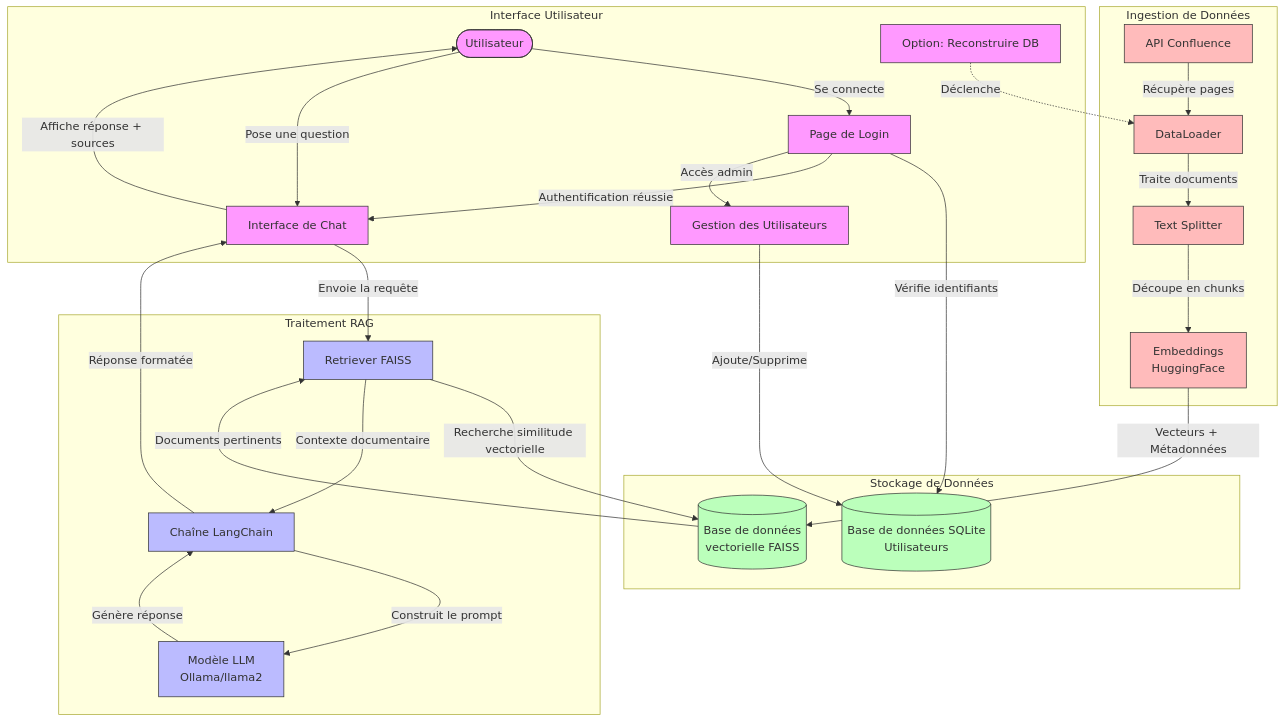
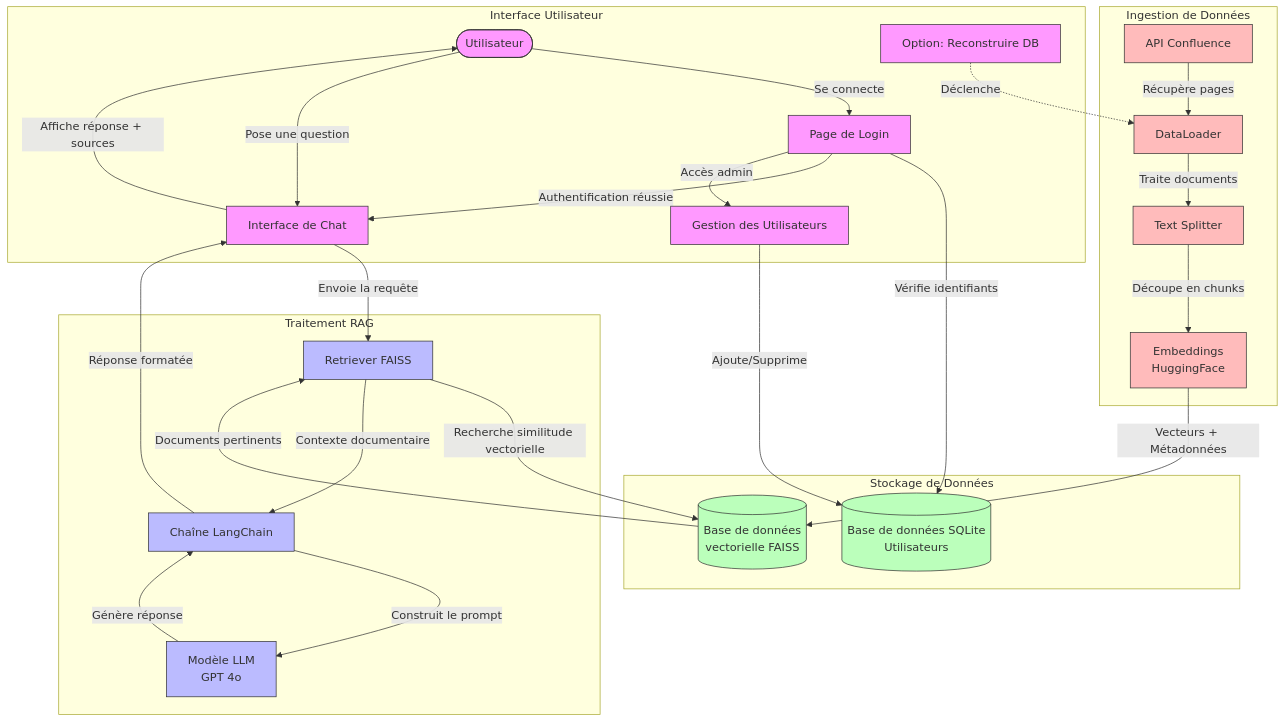
One commit to Isskar/Isschat changed the diagram in flux_donnees.mmd. Above: the diagram before and after it, drawn with Mermaid. The commit also changed 5 other files, not shown here.

```diff
--- a/flux_donnees.mmd
+++ b/flux_donnees.mmd
@@ -1,71 +1,71 @@
 graph TD
     %% Utilisateurs et Interface
     User([Utilisateur]) -->|Se connecte| Login[Page de Login]
     Login -->|Vérifie identifiants| AuthDB[(Base de données SQLite<br>Utilisateurs)]
     Login -->|Authentification réussie| Chat[Interface de Chat]
     Login -->|Accès admin| Admin[Gestion des Utilisateurs]
     
     %% Flux de la question
     User -->|Pose une question| Chat
     Chat -->|Envoie la requête| Retriever[Retriever FAISS]
     
     %% Recherche de documents
     Retriever -->|Recherche similitude vectorielle| VectorDB[(Base de données<br>vectorielle FAISS)]
     VectorDB -->|Documents pertinents| Retriever
     
     %% Génération de réponse
     Retriever -->|Contexte documentaire| Chain[Chaîne LangChain]
-    Chain -->|Construit le prompt| LLM[Modèle LLM<br>Ollama/llama2]
+    Chain -->|Construit le prompt| LLM[Modèle LLM<br>GPT 4o]
     LLM -->|Génère réponse| Chain
     Chain -->|Réponse formatée| Chat
     Chat -->|Affiche réponse + sources| User
     
     %% Initialisation et mise à jour de la base
     ConfluenceAPI[API Confluence] -->|Récupère pages| DataLoader[DataLoader]
     DataLoader -->|Traite documents| TextSplitter[Text Splitter]
     TextSplitter -->|Découpe en chunks| Embedder[Embeddings<br>HuggingFace]
     Embedder -->|Vecteurs + Métadonnées| VectorDB
     
     %% Gestion des utilisateurs
     Admin -->|Ajoute/Supprime| AuthDB
     
     %% Options avancées
     RebuildDB[Option: Reconstruire DB] -.->|Déclenche| DataLoader
     
     %% Sous-graphes pour organiser
     subgraph "Interface Utilisateur"
         User
         Login
         Chat
         Admin
         RebuildDB
     end
     
     subgraph "Traitement RAG"
         Retriever
         Chain
         LLM
     end
     
     subgraph "Stockage de Données"
         VectorDB
         AuthDB
     end
     
     subgraph "Ingestion de Données"
         ConfluenceAPI
         DataLoader
         TextSplitter
         Embedder
     end
     
     %% Styles pour une meilleure lisibilité
     classDef interface fill:#f9f,stroke:#333,stroke-width:1px
     classDef processing fill:#bbf,stroke:#333,stroke-width:1px
     classDef storage fill:#bfb,stroke:#333,stroke-width:1px
     classDef ingestion fill:#fbb,stroke:#333,stroke-width:1px
     
     class User,Login,Chat,Admin,RebuildDB interface
     class Retriever,Chain,LLM processing
     class VectorDB,AuthDB storage
     class ConfluenceAPI,DataLoader,TextSplitter,Embedder ingestion
```
